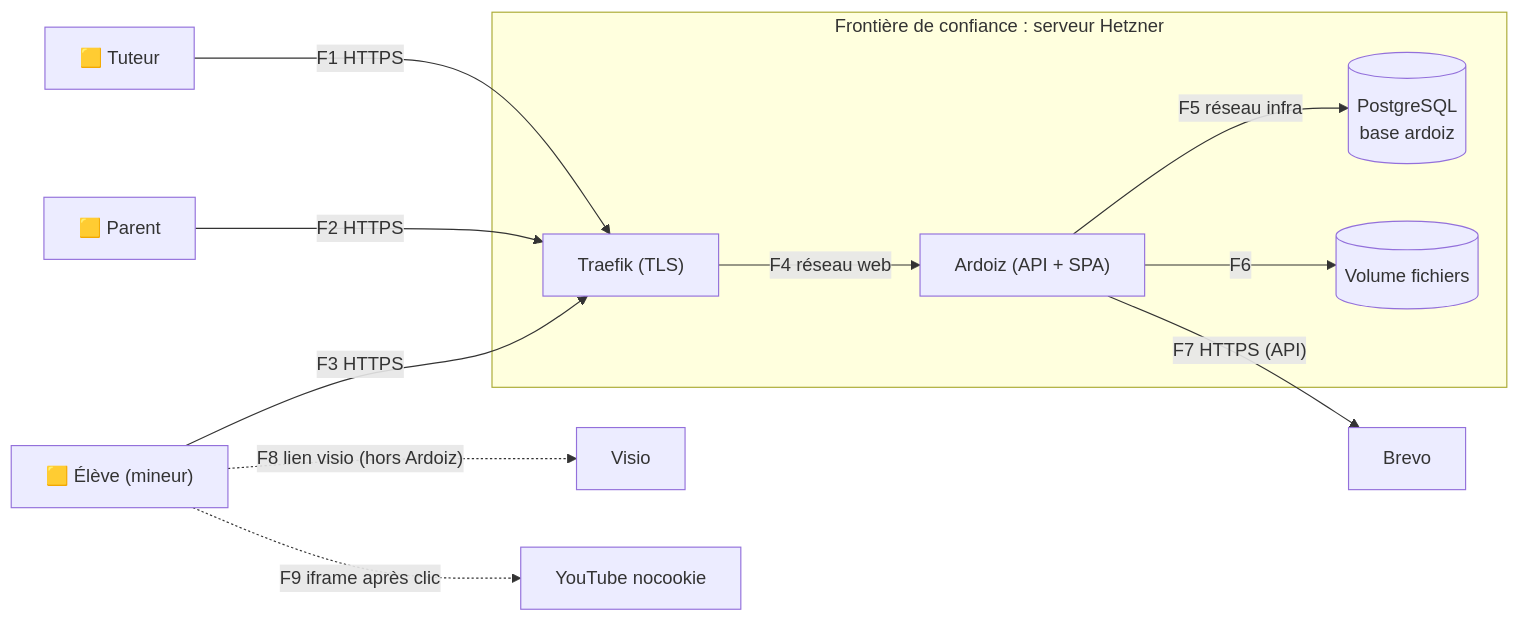
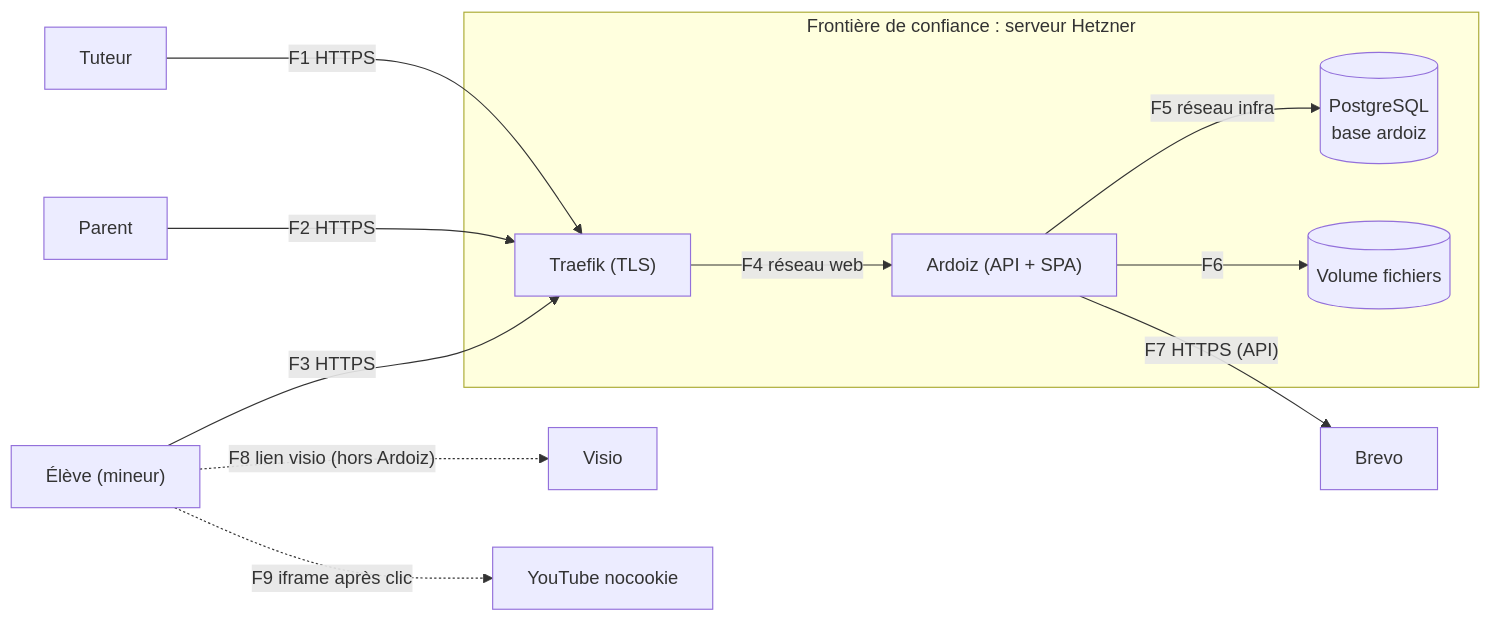
The diagram in docs/securite/registre-menaces.md (Rianodji/ardoiz), drawn with Mermaid before and after one commit. The commit also changed 30 other files, not shown here.

````diff
--- a/docs/securite/registre-menaces.md
+++ b/docs/securite/registre-menaces.md
@@ -8,18 +8,18 @@
 ```mermaid
 flowchart LR
-  T["🟨 Tuteur"] -- "F1 HTTPS" --> TR["Traefik (TLS)"]
-  P["🟨 Parent"] -- "F2 HTTPS" --> TR
-  E["🟨 Élève (mineur)"] -- "F3 HTTPS" --> TR
+  T["Tuteur"] -- "F1 HTTPS" --> TR["Traefik (TLS)"]
+  P["Parent"] -- "F2 HTTPS" --> TR
+  E["Élève (mineur)"] -- "F3 HTTPS" --> TR
   TR -- "F4 réseau web" --> API["Ardoiz (API + SPA)"]
   API -- "F5 réseau infra" --> DB[("PostgreSQL<br/>base ardoiz")]
   API -- "F6" --> FS[("Volume fichiers")]
   API -- "F7 HTTPS (API)" --> SMTP["Brevo"]
   E -. "F8 lien visio (hors Ardoiz)" .-> V["Visio"]
   E -. "F9 iframe après clic" .-> YT["YouTube nocookie"]
   subgraph Frontière de confiance : serveur Hetzner
     TR
     API
     DB
     FS
   end
 ```
````
